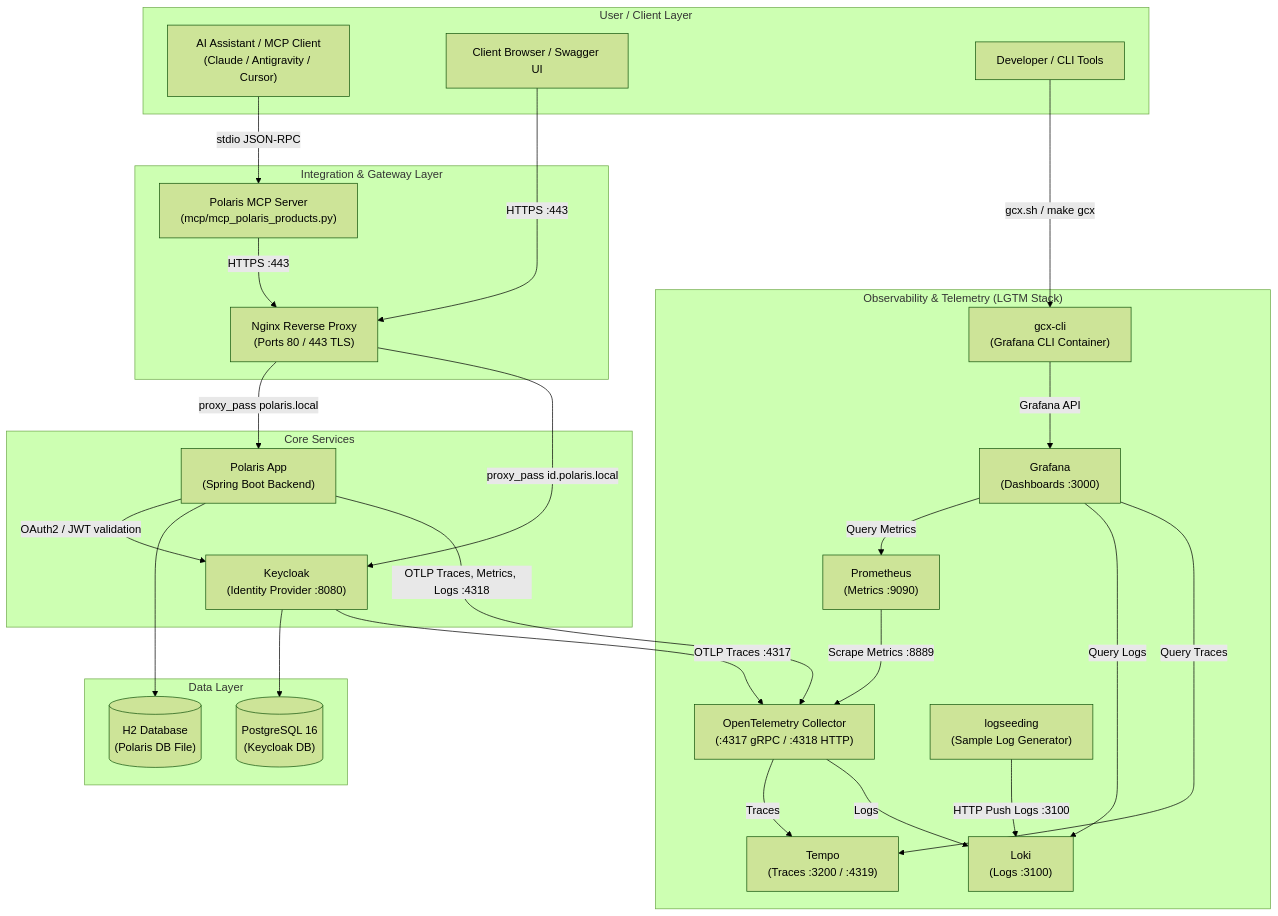
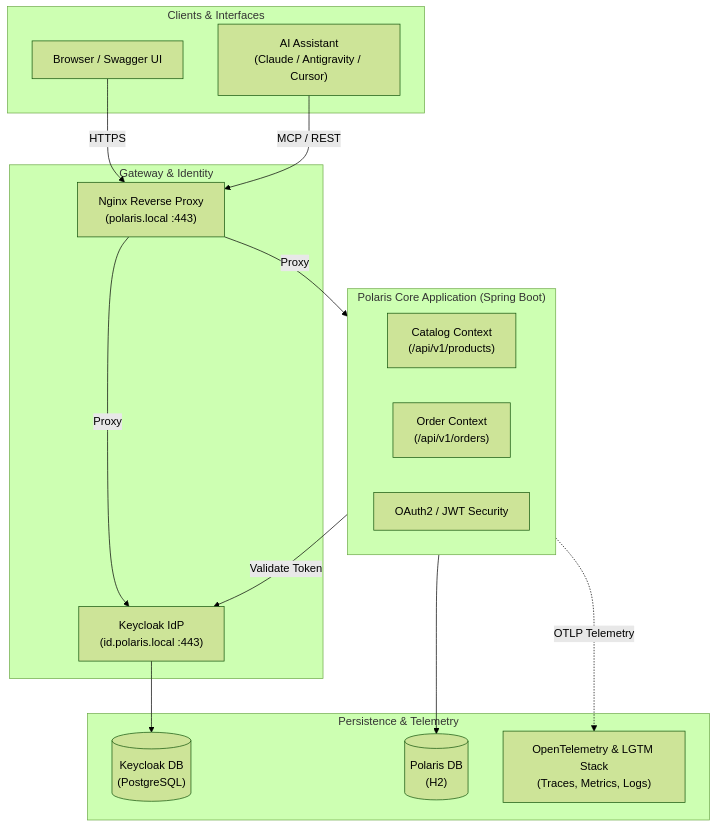
Before and after one commit to vungdv/hometask1: the diagram in src/java/03-Polaris/README.md, drawn with Mermaid (forest theme). The commit also changed other lines of this file and 4 other files, not shown here.

````diff
--- a/src/java/03-Polaris/README.md
+++ b/src/java/03-Polaris/README.md
@@ -18,57 +31,33 @@
 ```mermaid
 flowchart TB
-    subgraph L1["User / Client Layer"]
-        AIAgent["AI Assistant / MCP Client<br/>(Claude / Antigravity / Cursor)"]
-        Browser["Client Browser / Swagger UI"]
-        DevCLI["Developer / CLI Tools"]
+    subgraph Clients["Clients & Interfaces"]
+        Browser["Browser / Swagger UI"]
+        AIAssistant["AI Assistant<br/>(Claude / Antigravity / Cursor)"]
     end
 
-    subgraph L2["Integration & Gateway Layer"]
-        MCPServer["Polaris MCP Server<br/>(mcp/mcp_polaris_products.py)"]
-        Nginx["Nginx Reverse Proxy<br/>(Ports 80 / 443 TLS)"]
+    subgraph Gateway["Gateway & Identity"]
+        Nginx["Nginx Reverse Proxy<br/>(polaris.local :443)"]
+        Keycloak["Keycloak IdP<br/>(id.polaris.local :443)"]
     end
 
-    subgraph L3["Core Services"]
-        App["Polaris App<br/>(Spring Boot Backend)"]
-        Keycloak["Keycloak<br/>(Identity Provider :8080)"]
+    subgraph Core["Polaris Core Application (Spring Boot)"]
+        CatalogCtx["Catalog Context<br/>(/api/v1/products)"]
+        OrderCtx["Order Context<br/>(/api/v1/orders)"]
+        Security["OAuth2 / JWT Security"]
     end
 
-    subgraph L4["Data Layer"]
-        H2[("H2 Database<br/>(Polaris DB File)")]
-        Postgres[("PostgreSQL 16<br/>(Keycloak DB)")]
+    subgraph Storage["Persistence & Telemetry"]
+        H2[("Polaris DB<br/>(H2)")]
+        Postgres[("Keycloak DB<br/>(PostgreSQL)")]
+        OTel["OpenTelemetry & LGTM Stack<br/>(Traces, Metrics, Logs)"]
     end
 
-    subgraph L5["Observability & Telemetry (LGTM Stack)"]
-        OTel["OpenTelemetry Collector<br/>(:4317 gRPC / :4318 HTTP)"]
-        Tempo["Tempo<br/>(Traces :3200 / :4319)"]
-        Loki["Loki<br/>(Logs :3100)"]
-        Prometheus["Prometheus<br/>(Metrics :9090)"]
-        Grafana["Grafana<br/>(Dashboards :3000)"]
-        LogSeeder["logseeding<br/>(Sample Log Generator)"]
-        GCX["gcx-cli<br/>(Grafana CLI Container)"]
-    end
-
-    Browser -->|HTTPS :443| Nginx
-    AIAgent -->|stdio JSON-RPC| MCPServer
-    MCPServer -->|HTTPS :443| Nginx
-    Nginx -->|proxy_pass polaris.local| App
-    Nginx -->|proxy_pass id.polaris.local| Keycloak
-    App -->|OAuth2 / JWT validation| Keycloak
-    App --> H2
+    Browser -->|HTTPS| Nginx
+    AIAssistant -->|MCP / REST| Nginx
+    Nginx -->|Proxy| Core
+    Nginx -->|Proxy| Keycloak
+    Core -->|Validate Token| Keycloak
+    Core --> H2
     Keycloak --> Postgres
-
-    %% Telemetry flows
-    App -->|OTLP Traces, Metrics, Logs :4318| OTel
-    Keycloak -->|OTLP Traces :4317| OTel
-    OTel -->|Traces| Tempo
-    OTel -->|Logs| Loki
-    Prometheus -->|Scrape Metrics :8889| OTel
-
-    %% Visualization & Utilities
-    Grafana -->|Query Metrics| Prometheus
-    Grafana -->|Query Logs| Loki
-    Grafana -->|Query Traces| Tempo
-    LogSeeder -->|HTTP Push Logs :3100| Loki
-    DevCLI -->|gcx.sh / make gcx| GCX
-    GCX -->|Grafana API| Grafana
+    Core -.->|OTLP Telemetry| OTel
 ```
````
